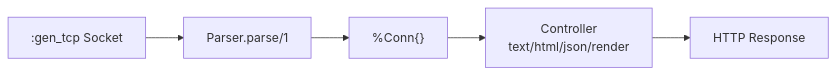
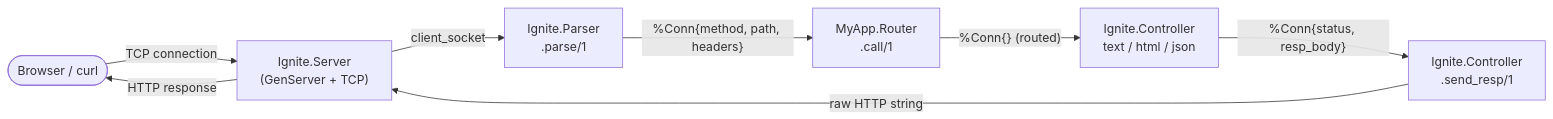
Before and after one commit to rajeshpillai/elixir-byowf: the first of 2 diagrams in course/modules/01-core-http.md, drawn with Mermaid. The commit also changed other lines of this file and 26 other files, not shown here.

````diff
--- a/course/modules/01-core-http.md
+++ b/course/modules/01-core-http.md
@@ -24,8 +29,17 @@
 ```mermaid
-graph LR
-    Socket[":gen_tcp Socket"] --> Parser["Parser.parse/1"]
-    Parser --> Conn["%Conn{}"]
-    Conn --> Controller["Controller<br/>text/html/json/render"]
-    Controller --> Response["HTTP Response"]
-    click Conn "?page=modules/01-core-http.md" "Core HTTP"
+flowchart LR
+    Client([Browser / curl])
+    Server["Ignite.Server\n(GenServer + TCP)"]
+    Parser["Ignite.Parser\n.parse/1"]
+    Router["MyApp.Router\n.call/1"]
+    Controller["Ignite.Controller\ntext / html / json"]
+    SendResp["Ignite.Controller\n.send_resp/1"]
+
+    Client -- "TCP connection" --> Server
+    Server -- "client_socket" --> Parser
+    Parser -- "%Conn{method, path, headers}" --> Router
+    Router -- "%Conn{} (routed)" --> Controller
+    Controller -- "%Conn{status, resp_body}" --> SendResp
+    SendResp -- "raw HTTP string" --> Server
+    Server -- "HTTP response" --> Client
 ```
````
